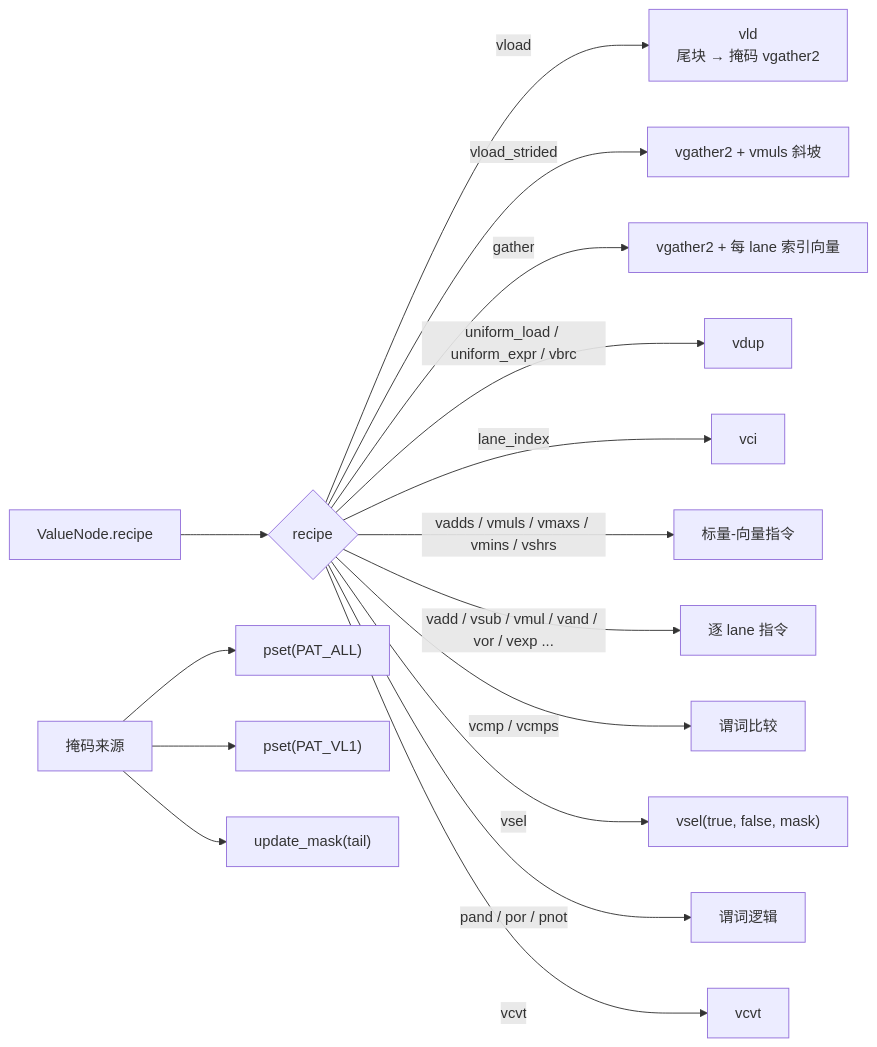
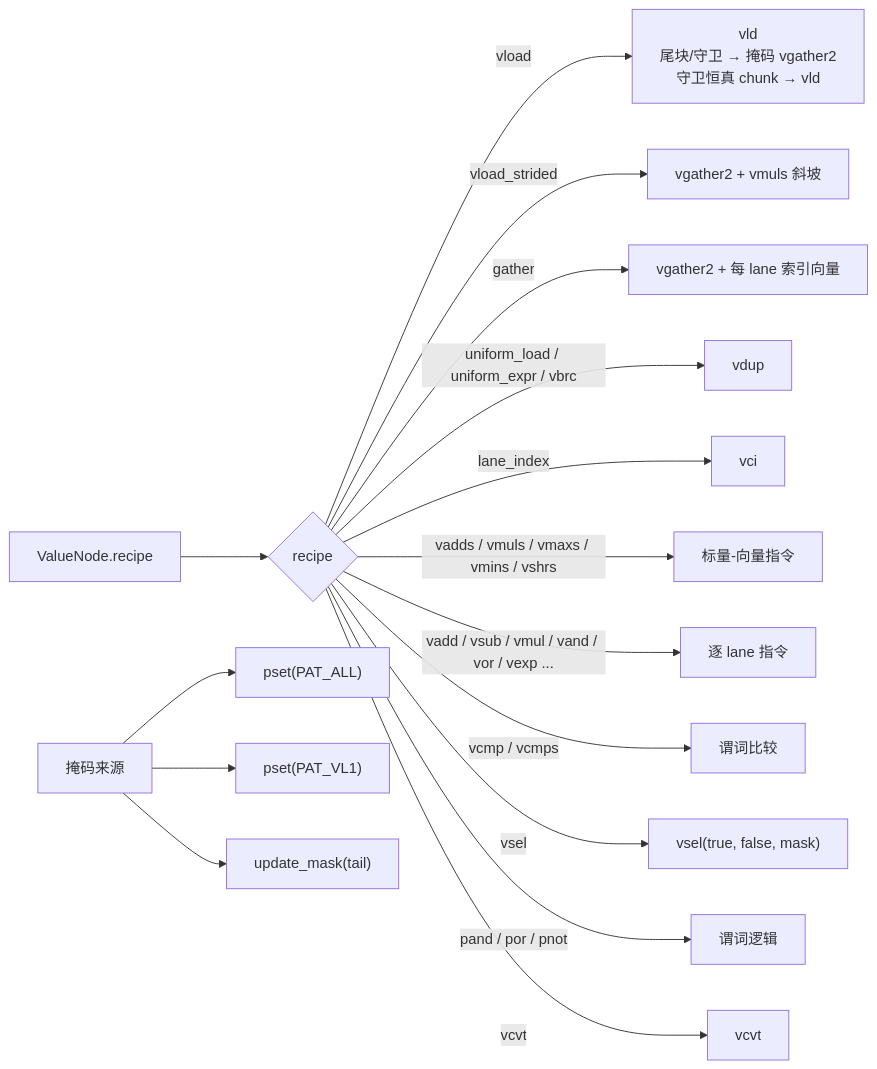
Before and after one commit to chenjiale1999/tilelang: the seventh of 7 diagrams in docs/compiler_internals/polyhedral_parallel_scenarios.md, drawn with Mermaid. The commit also changed other lines of this file and 12 other files, not shown here.

````diff
--- a/docs/compiler_internals/polyhedral_parallel_scenarios.md
+++ b/docs/compiler_internals/polyhedral_parallel_scenarios.md
@@ -846,18 +919,18 @@
 ```mermaid
 flowchart LR
   R["ValueNode.recipe"] --> C{"recipe"}
-  C -->|"vload"| L1["vld<br/>尾块 → 掩码 vgather2"]
+  C -->|"vload"| L1["vld<br/>尾块/守卫 → 掩码 vgather2<br/>守卫恒真 chunk → vld"]
   C -->|"vload_strided"| L2["vgather2 + vmuls 斜坡"]
   C -->|"gather"| L3["vgather2 + 每 lane 索引向量"]
   C -->|"uniform_load / uniform_expr / vbrc"| L4["vdup"]
   C -->|"lane_index"| L5["vci"]
   C -->|"vadds / vmuls / vmaxs / vmins / vshrs"| L6["标量-向量指令"]
   C -->|"vadd / vsub / vmul / vand / vor / vexp ..."| L7["逐 lane 指令"]
   C -->|"vcmp / vcmps"| L8["谓词比较"]
   C -->|"vsel"| L9["vsel(true, false, mask)"]
   C -->|"pand / por / pnot"| L10["谓词逻辑"]
   C -->|"vcvt"| L11["vcvt"]
   M["掩码来源"] --> M1["pset(PAT_ALL)"]
   M --> M2["pset(PAT_VL1)"]
   M --> M3["update_mask(tail)"]
 ```
````
